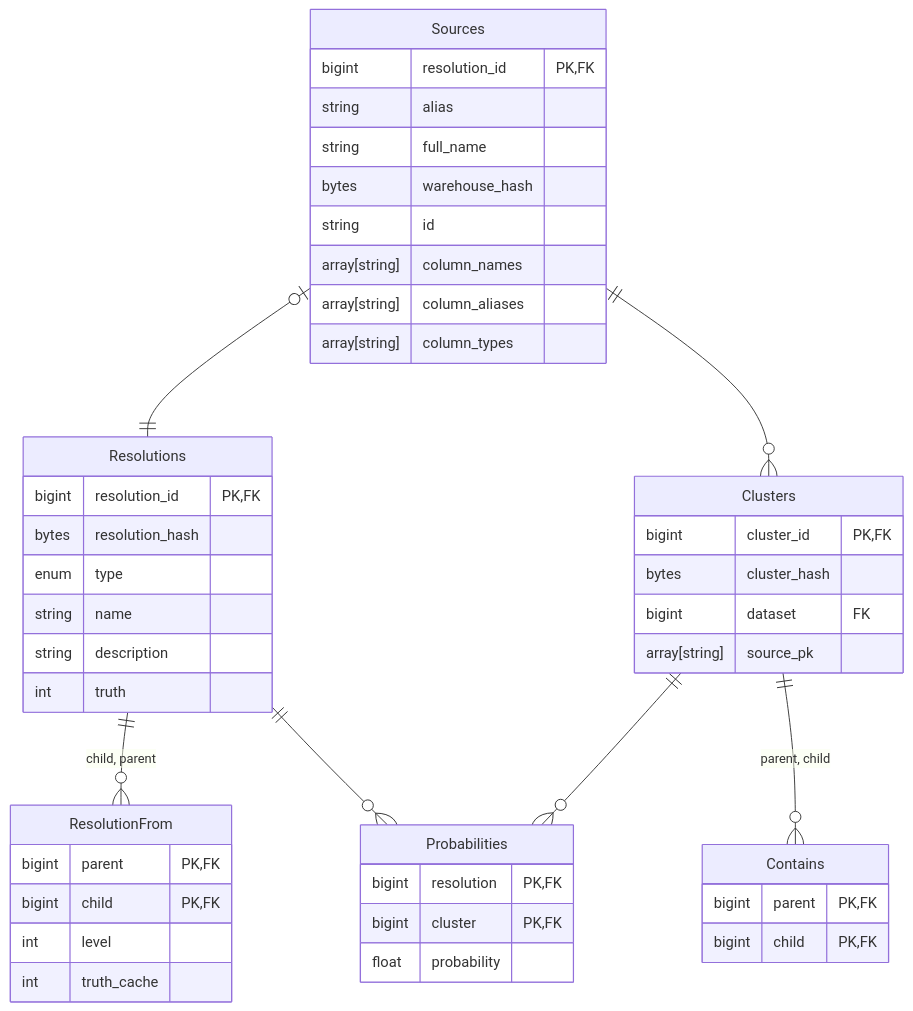
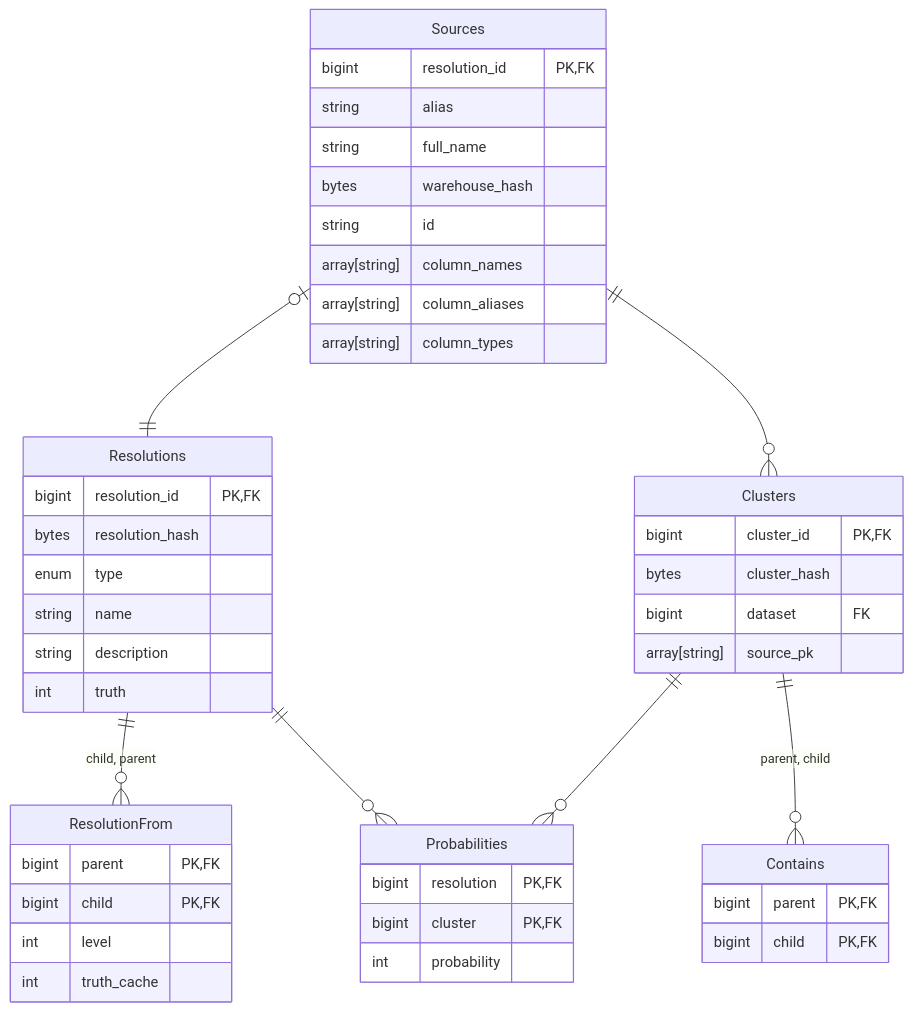
Before and after one commit to will-langdale/matchbox: the diagram in src/matchbox/server/postgresql/README.md, drawn with Mermaid. The commit also changed 5 other files, not shown here.

````diff
--- a/src/matchbox/server/postgresql/README.md
+++ b/src/matchbox/server/postgresql/README.md
@@ -14,49 +14,49 @@
 ```mermaid
 erDiagram
     Sources {
         bigint resolution_id PK,FK
         string alias
         string full_name
         bytes warehouse_hash
         string id
         array[string] column_names
         array[string] column_aliases
         array[string] column_types
     }
     Clusters {
         bigint cluster_id PK,FK
         bytes cluster_hash
         bigint dataset FK
         array[string] source_pk
     }
     Contains {
         bigint parent PK,FK
         bigint child PK,FK
     }
     Probabilities {
         bigint resolution PK,FK
         bigint cluster PK,FK
-        float probability
+        int probability
     }
     Resolutions {
         bigint resolution_id PK,FK
         bytes resolution_hash
         enum type
         string name
         string description
         int truth
     }
     ResolutionFrom {
         bigint parent PK,FK
         bigint child PK,FK
         int level
         int truth_cache
     }
 
     Sources |o--|| Resolutions : ""
     Sources ||--o{ Clusters : ""
     Clusters ||--o{ Contains : "parent, child"
     Clusters ||--o{ Probabilities : ""
     Resolutions ||--o{ Probabilities : ""
     Resolutions ||--o{ ResolutionFrom : "child, parent"
 ```
````
